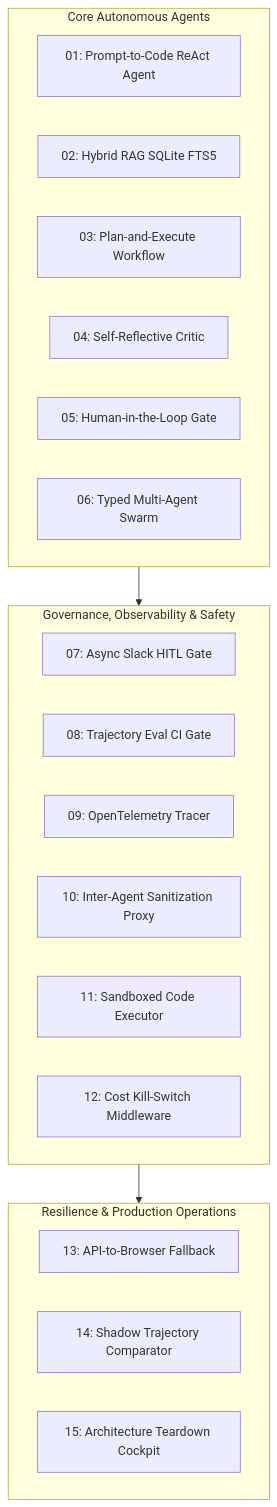
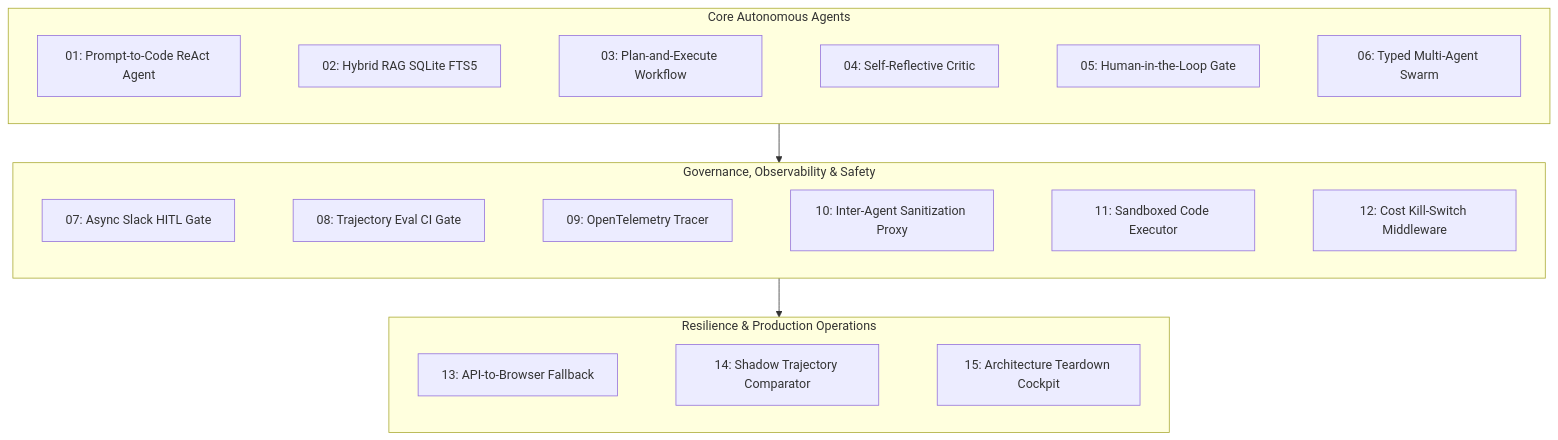
One commit to Cappuccino-san/Production-Agent-Patterns changed the diagram in README.md. Above: the diagram before and after it, drawn with Mermaid. The commit also changed other lines of this file and 1 other file, not shown here.

Commit message:
docs: enforce strict numerical layout in Mermaid architecture overview

````diff
--- a/README.md
+++ b/README.md
@@ -16,29 +16,44 @@
 ```mermaid
 flowchart TD
     subgraph CoreAgents["Core Autonomous Agents"]
+        direction LR
         A1["01: Prompt-to-Code ReAct Agent"]
         A2["02: Hybrid RAG SQLite FTS5"]
         A3["03: Plan-and-Execute Workflow"]
         A4["04: Self-Reflective Critic"]
         A5["05: Human-in-the-Loop Gate"]
         A6["06: Typed Multi-Agent Swarm"]
+        A1 ~~~ A2
+        A2 ~~~ A3
+        A3 ~~~ A4
+        A4 ~~~ A5
+        A5 ~~~ A6
     end
 
     subgraph GovernanceSafety["Governance, Observability & Safety"]
+        direction LR
         G7["07: Async Slack HITL Gate"]
         G8["08: Trajectory Eval CI Gate"]
         G9["09: OpenTelemetry Tracer"]
         G10["10: Inter-Agent Sanitization Proxy"]
         G11["11: Sandboxed Code Executor"]
         G12["12: Cost Kill-Switch Middleware"]
+        G7 ~~~ G8
+        G8 ~~~ G9
+        G9 ~~~ G10
+        G10 ~~~ G11
+        G11 ~~~ G12
     end
 
     subgraph ResilienceOps["Resilience & Production Operations"]
+        direction LR
         R13["13: API-to-Browser Fallback"]
         R14["14: Shadow Trajectory Comparator"]
         R15["15: Architecture Teardown Cockpit"]
+        R13 ~~~ R14
+        R14 ~~~ R15
     end
 
     CoreAgents --> GovernanceSafety
     GovernanceSafety --> ResilienceOps
 ```
````
